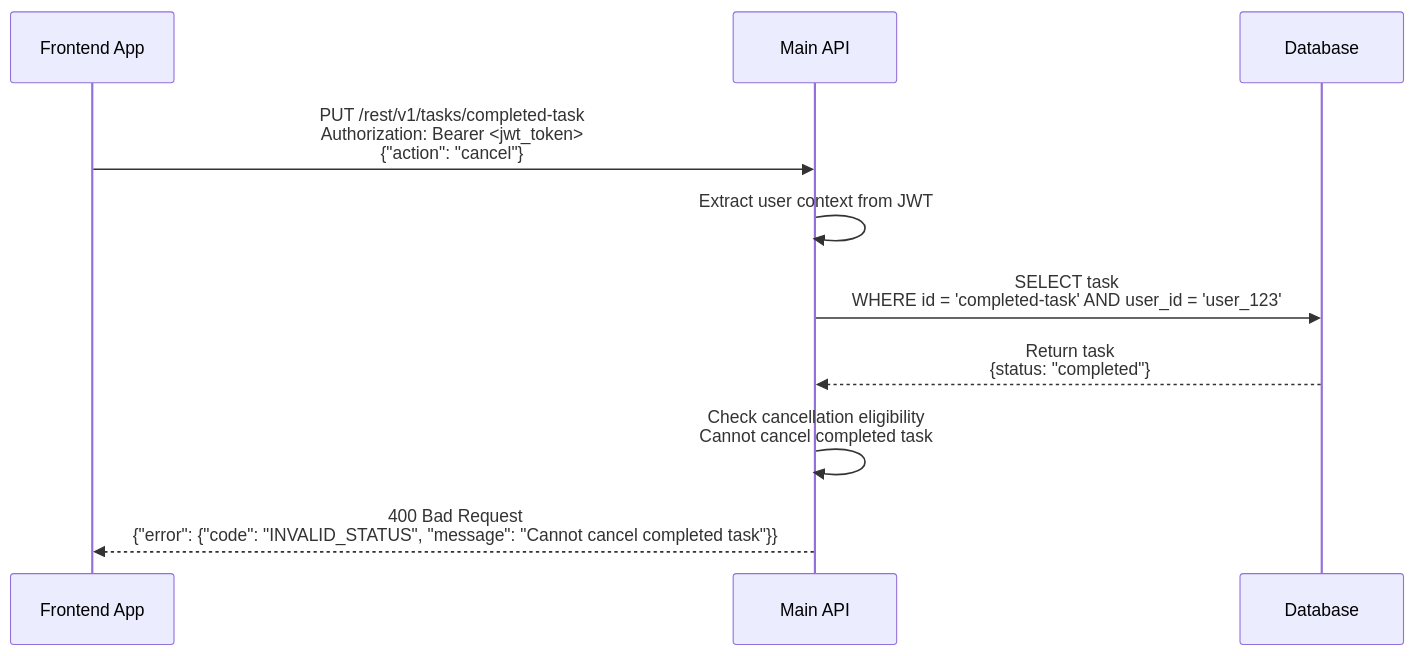
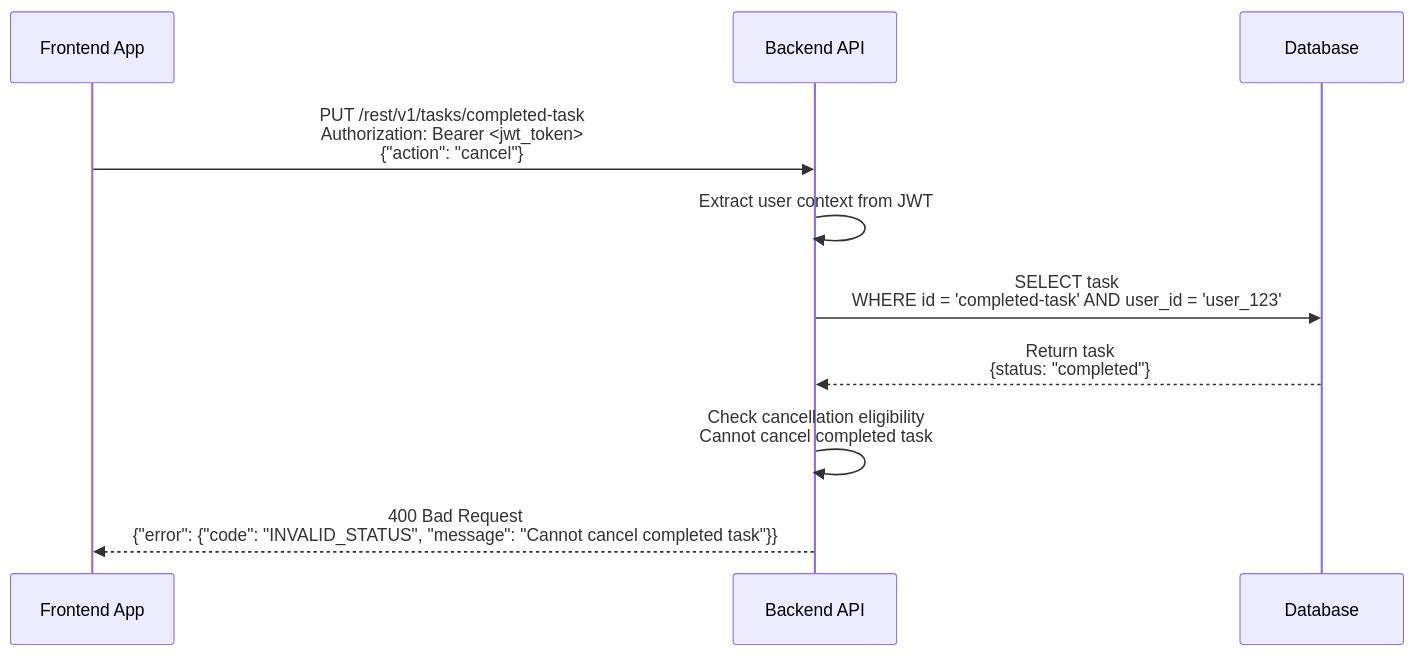
Before and after one commit to andrewhzy/cursor-learn: the eighth of 10 diagrams in docs/sequence-diagrams-api-handling.md, drawn with Mermaid. The commit also changed other lines of this file, not shown here.

First line of the commit message:
Update sequence diagrams in API handling documentation

````diff
--- a/docs/sequence-diagrams-api-handling.md
+++ b/docs/sequence-diagrams-api-handling.md
@@ -150,15 +182,15 @@
 ```mermaid
 sequenceDiagram
     participant FE as Frontend App
-    participant API as Main API
+    participant API as Backend API
     participant DB as Database
     
     FE->>API: PUT /rest/v1/tasks/completed-task<br/>Authorization: Bearer <jwt_token><br/>{"action": "cancel"}
     API->>API: Extract user context from JWT
     
     API->>DB: SELECT task<br/>WHERE id = 'completed-task' AND user_id = 'user_123'
     DB-->>API: Return task<br/>{status: "completed"}
     
     API->>API: Check cancellation eligibility<br/>Cannot cancel completed task
     API-->>FE: 400 Bad Request<br/>{"error": {"code": "INVALID_STATUS", "message": "Cannot cancel completed task"}}
 ```
````
